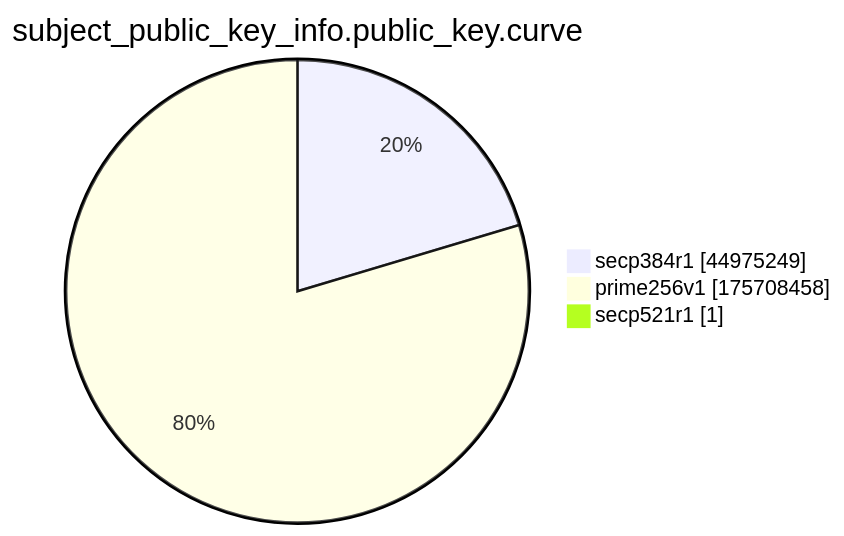
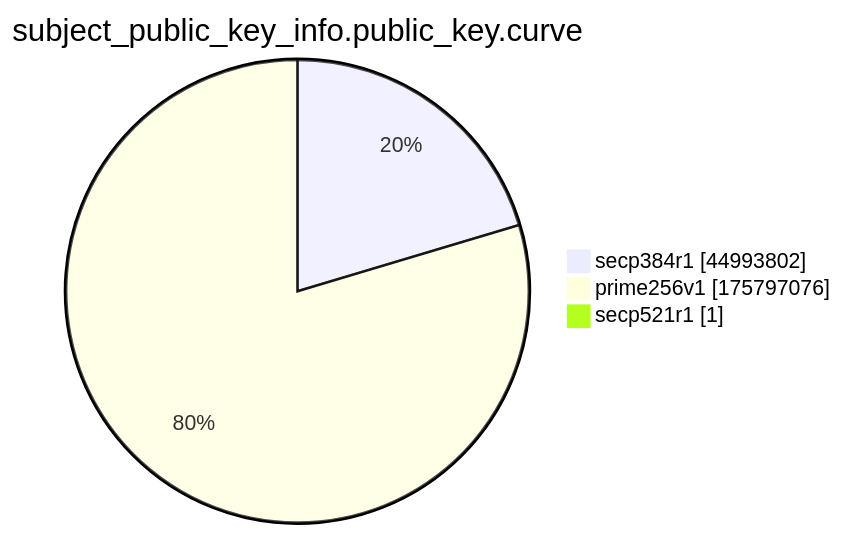
Before and after one commit to christiankrug/ctmonitor_visualization: the ninth of 15 diagrams in xenon2022/README.md, drawn with Mermaid. The commit also changed other lines of this file, not shown here.

````diff
--- a/xenon2022/README.md
+++ b/xenon2022/README.md
@@ -2872,7 +2872,7 @@
 ```mermaid
 pie showData
 title subject_public_key_info.public_key.curve
-"secp384r1" :44975249
-"prime256v1" :175708458
+"secp384r1" :44993802
+"prime256v1" :175797076
 "secp521r1" :1
 ```
````
